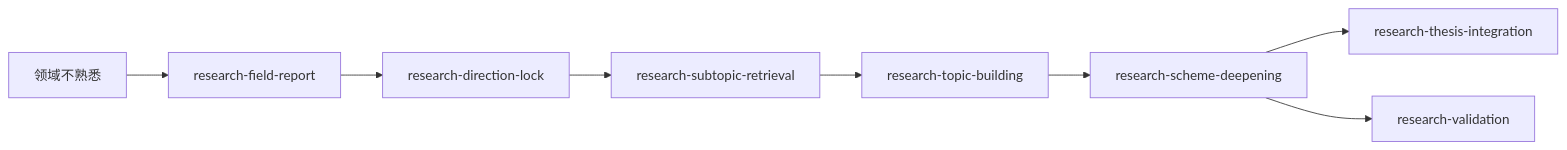
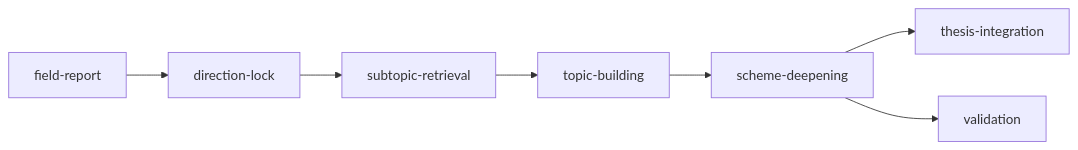
The second of 2 diagrams in README.md (wuyao298/lab-skills), drawn with Mermaid before and after one commit. The commit also changed other lines of this file, not shown here.

````diff
--- a/README.md
+++ b/README.md
@@ -28,10 +125,9 @@
 ```mermaid
 flowchart LR
-  A[领域不熟悉] --> B[research-field-report]
-  B --> C[research-direction-lock]
-  C --> D[research-subtopic-retrieval]
-  D --> E[research-topic-building]
-  E --> F[research-scheme-deepening]
-  F --> G[research-thesis-integration]
-  F --> H[research-validation]
+  A[field-report] --> B[direction-lock]
+  B --> C[subtopic-retrieval]
+  C --> D[topic-building]
+  D --> E[scheme-deepening]
+  E --> F[thesis-integration]
+  E --> G[validation]
 ```
````
